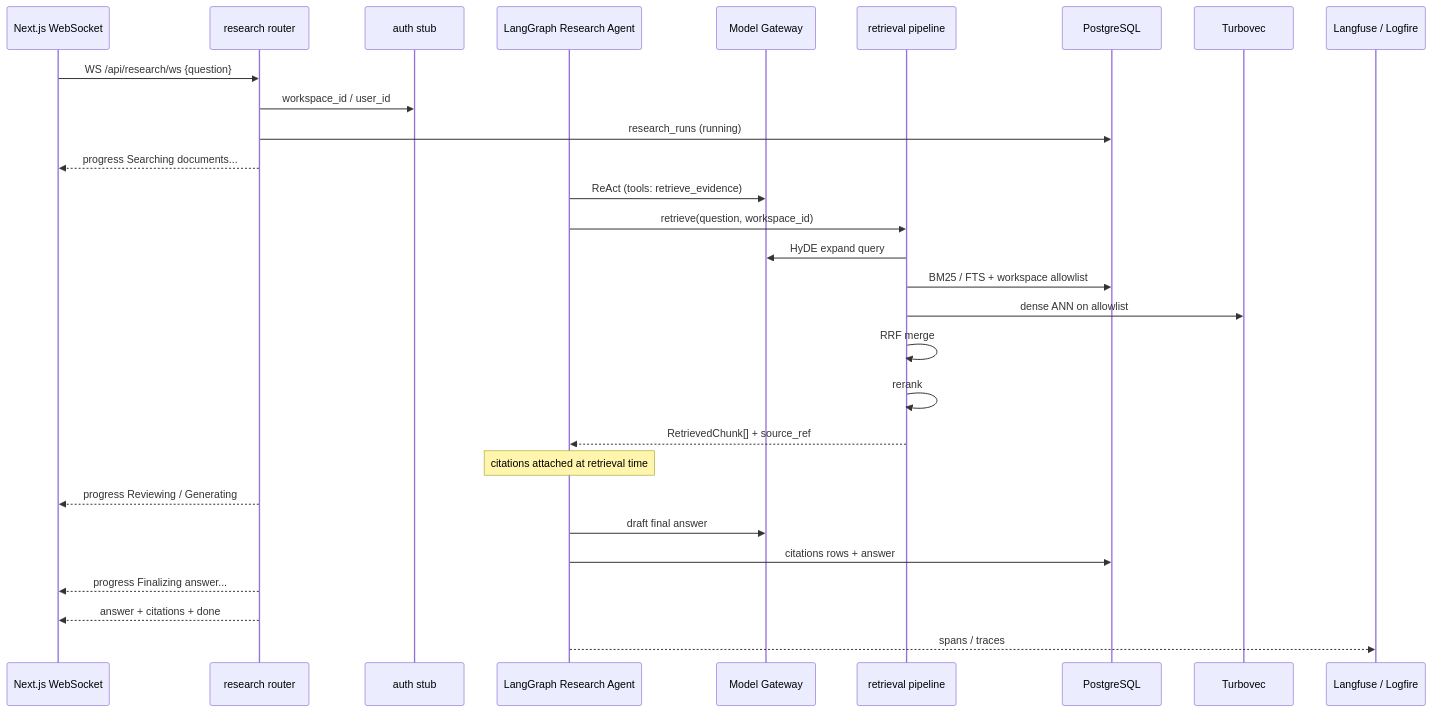
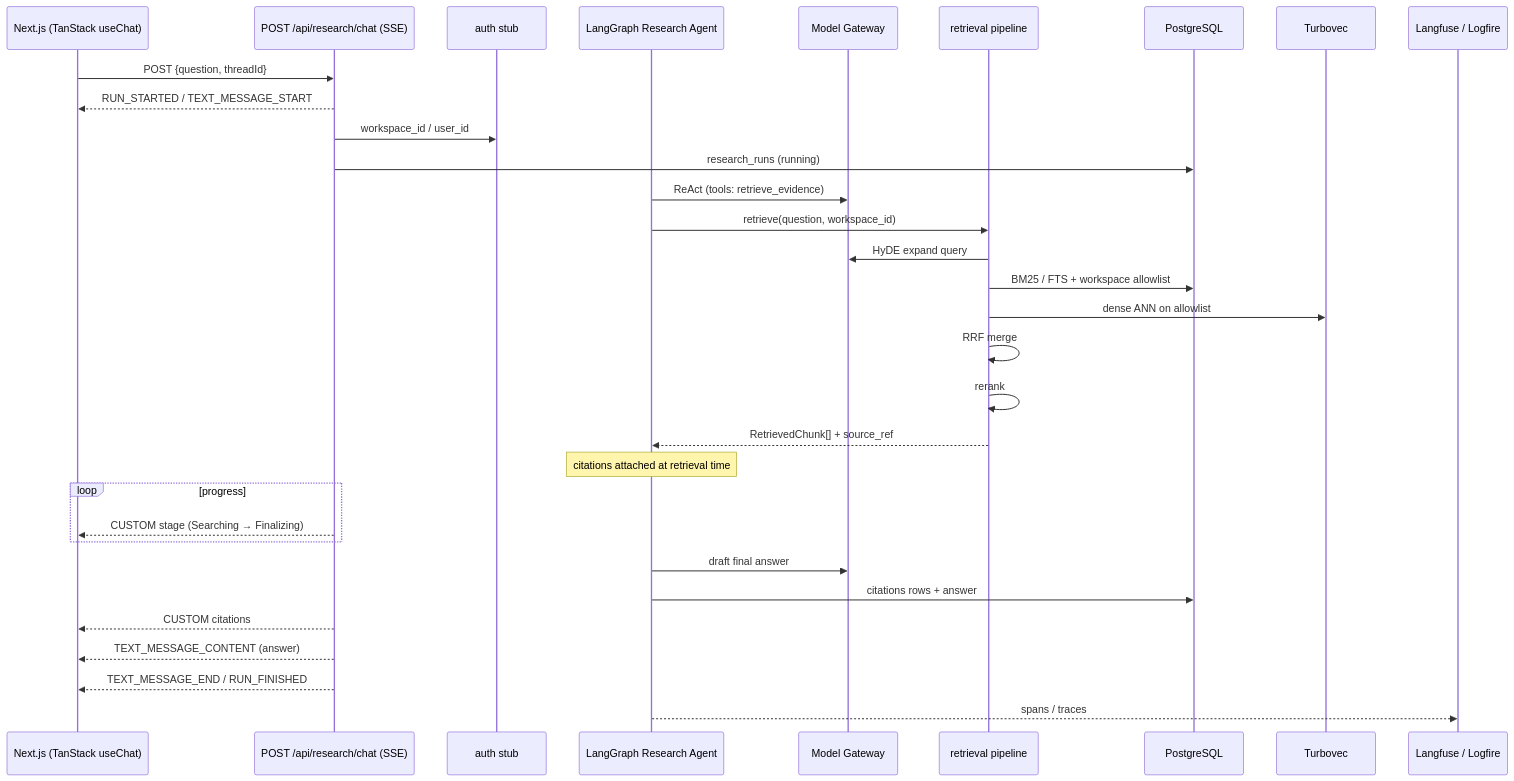
The third of 4 diagrams in docs/REMAINING.md (AmitxParmar/agentic-knowledge-base), drawn with Mermaid before and after one commit. The commit also changed other lines of this file and 6 other files, not shown here.

First line of the commit message:
docs: AG-UI SSE sequence + updated remaining-status notes

````diff
--- a/docs/REMAINING.md
+++ b/docs/REMAINING.md
@@ -453,32 +453,35 @@
 ```mermaid
 sequenceDiagram
-  participant UI as Next.js WebSocket
-  participant API as research router
+  participant UI as Next.js (TanStack useChat)
+  participant API as POST /api/research/chat (SSE)
   participant Auth as auth stub
   participant AG as LangGraph Research Agent
   participant MG as Model Gateway
   participant RET as retrieval pipeline
   participant PG as PostgreSQL
   participant TV as Turbovec
   participant LF as Langfuse / Logfire
 
-  UI->>API: WS /api/research/ws {question}
+  UI->>API: POST {question, threadId}
+  API-->>UI: RUN_STARTED / TEXT_MESSAGE_START
   API->>Auth: workspace_id / user_id
   API->>PG: research_runs (running)
-  API-->>UI: progress Searching documents...
   AG->>MG: ReAct (tools: retrieve_evidence)
   AG->>RET: retrieve(question, workspace_id)
   RET->>MG: HyDE expand query
   RET->>PG: BM25 / FTS + workspace allowlist
   RET->>TV: dense ANN on allowlist
   RET->>RET: RRF merge
   RET->>RET: rerank
   RET-->>AG: RetrievedChunk[] + source_ref
   Note over AG: citations attached at retrieval time
-  API-->>UI: progress Reviewing / Generating
+  loop progress
+    API-->>UI: CUSTOM stage (Searching → Finalizing)
+  end
   AG->>MG: draft final answer
   AG->>PG: citations rows + answer
-  API-->>UI: progress Finalizing answer...
-  API-->>UI: answer + citations + done
+  API-->>UI: CUSTOM citations
+  API-->>UI: TEXT_MESSAGE_CONTENT (answer)
+  API-->>UI: TEXT_MESSAGE_END / RUN_FINISHED
   AG-->>LF: spans / traces
 ```
````
